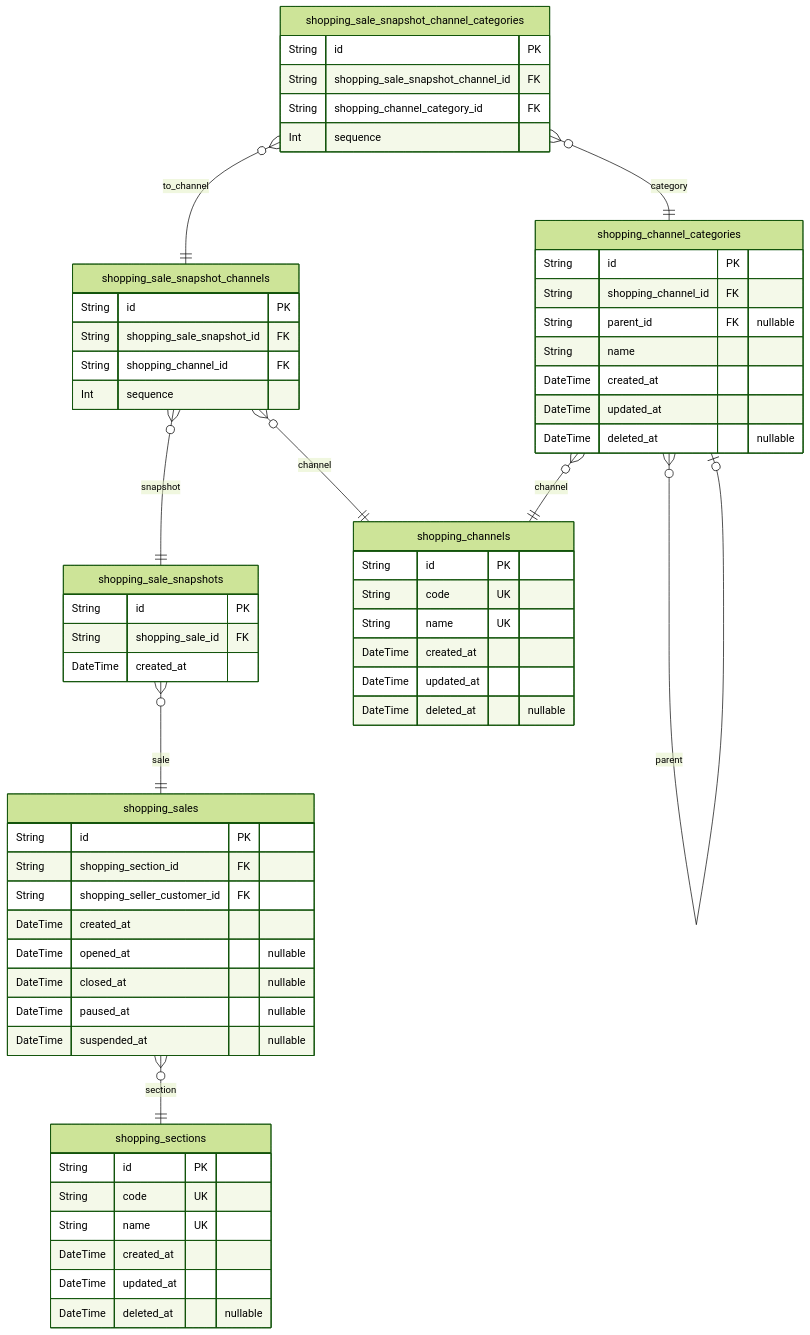
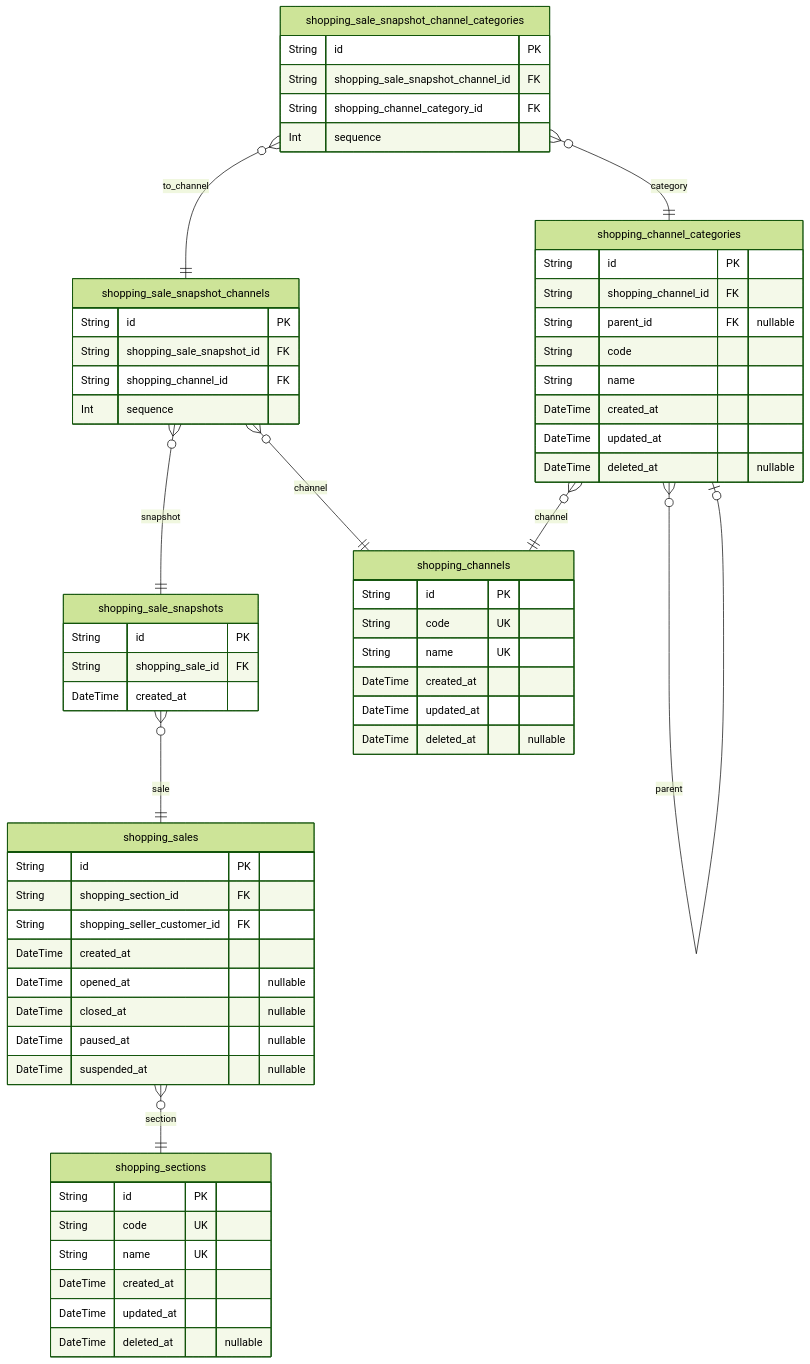
One commit to samchon/shopping-backend changed the second of 10 diagrams in prisma/docs/ERD.md. Above: the diagram before and after it, drawn with Mermaid (forest theme). The commit also changed other lines of this file and 34 other files, not shown here.

````diff
--- a/prisma/docs/ERD.md
+++ b/prisma/docs/ERD.md
@@ -235,63 +235,64 @@
 ```mermaid
 erDiagram
 "shopping_channels" {
   String id PK
   String code UK
   String name UK
   DateTime created_at
   DateTime updated_at
   DateTime deleted_at "nullable"
 }
 "shopping_channel_categories" {
   String id PK
   String shopping_channel_id FK
   String parent_id FK "nullable"
+  String code
   String name
   DateTime created_at
   DateTime updated_at
   DateTime deleted_at "nullable"
 }
 "shopping_sections" {
   String id PK
   String code UK
   String name UK
   DateTime created_at
   DateTime updated_at
   DateTime deleted_at "nullable"
 }
 "shopping_sales" {
   String id PK
   String shopping_section_id FK
   String shopping_seller_customer_id FK
   DateTime created_at
   DateTime opened_at "nullable"
   DateTime closed_at "nullable"
   DateTime paused_at "nullable"
   DateTime suspended_at "nullable"
 }
 "shopping_sale_snapshots" {
   String id PK
   String shopping_sale_id FK
   DateTime created_at
 }
 "shopping_sale_snapshot_channels" {
   String id PK
   String shopping_sale_snapshot_id FK
   String shopping_channel_id FK
   Int sequence
 }
 "shopping_sale_snapshot_channel_categories" {
   String id PK
   String shopping_sale_snapshot_channel_id FK
   String shopping_channel_category_id FK
   Int sequence
 }
 "shopping_channel_categories" }o--|| "shopping_channels" : channel
 "shopping_channel_categories" }o--o| "shopping_channel_categories" : parent
 "shopping_sales" }o--|| "shopping_sections" : section
 "shopping_sale_snapshots" }o--|| "shopping_sales" : sale
 "shopping_sale_snapshot_channels" }o--|| "shopping_sale_snapshots" : snapshot
 "shopping_sale_snapshot_channels" }o--|| "shopping_channels" : channel
 "shopping_sale_snapshot_channel_categories" }o--|| "shopping_sale_snapshot_channels" : to_channel
 "shopping_sale_snapshot_channel_categories" }o--|| "shopping_channel_categories" : category
 ```
````
